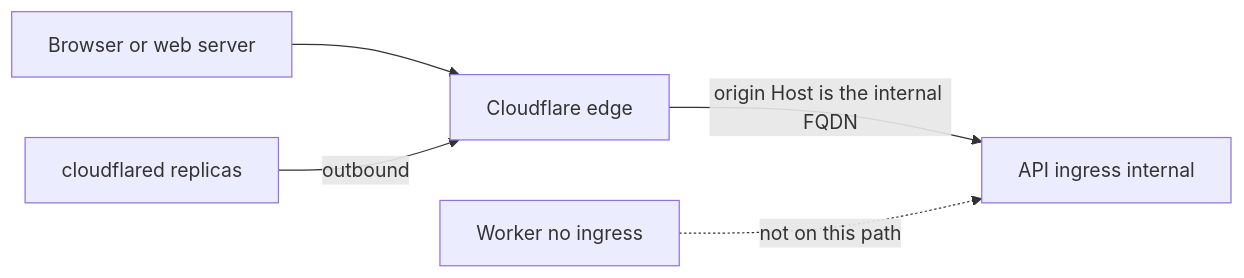
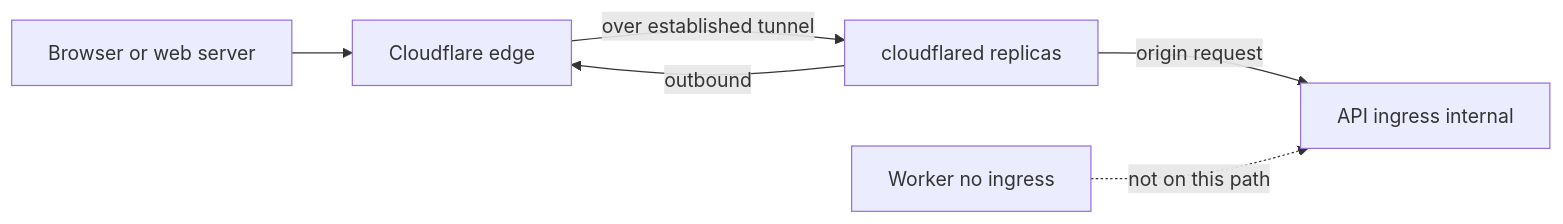
One commit to infaniti-AI/portable_skill changed the diagram in modules/cloudflare-tunnel.md. Above: the diagram before and after it, drawn with Mermaid. The commit also changed other lines of this file and 2 other files, not shown here.

Commit message:
Correct Realtime publication and production host configuration

````diff
--- a/modules/cloudflare-tunnel.md
+++ b/modules/cloudflare-tunnel.md
@@ -21,12 +21,13 @@
 ```mermaid
 flowchart LR
   client[Browser or web server]
   edge[Cloudflare edge]
   connector[cloudflared replicas]
   api[API ingress internal]
   worker[Worker no ingress]
   client --> edge
   connector -->|outbound| edge
-  edge -->|origin Host is the internal FQDN| api
+  edge -->|over established tunnel| connector
+  connector -->|origin request| api
   worker -.->|not on this path| api
 ```
````
